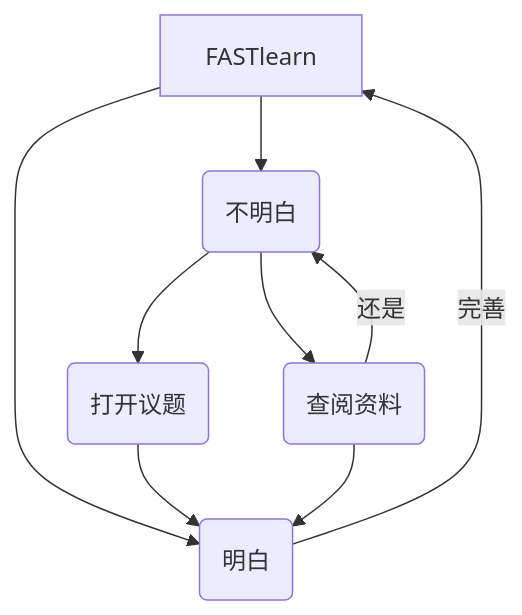
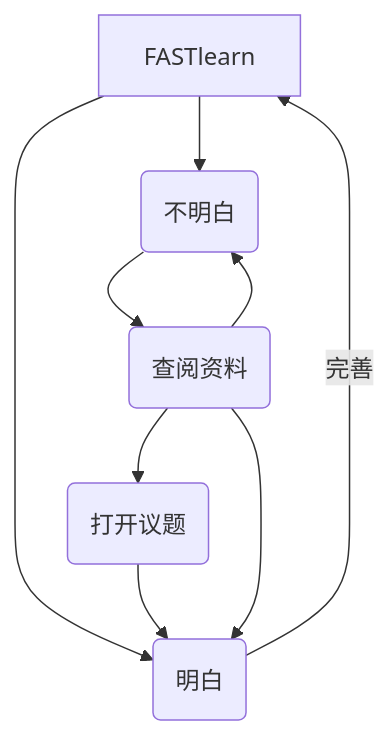
The diagram in docs/index.md (gitter-badger/FASTlearn), drawn with Mermaid before and after one commit. The commit also changed 183 other files, not shown here.

````diff
--- a/docs/index.md
+++ b/docs/index.md
@@ -247,12 +247,12 @@
 ```mermaid
 graph TB
 fl[FASTlearn] --> t(明白)
 fl --> f(不明白)
 t --> |完善| fl
-f --> issue(打开议题)
+search --> issue(打开议题)
 f --> search(查阅资料)
 issue --> t
 search --> t
-search -->|还是| f
+search --> f
 
 ```
````
